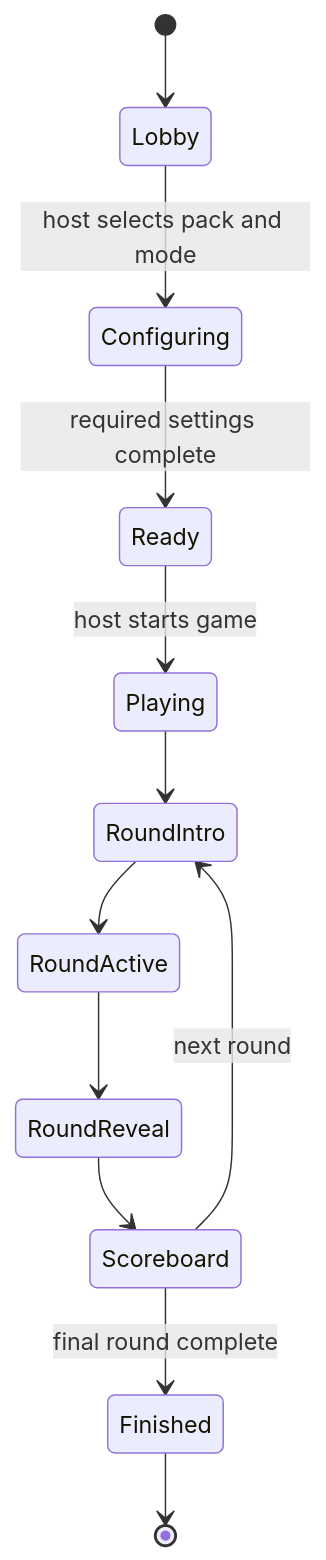
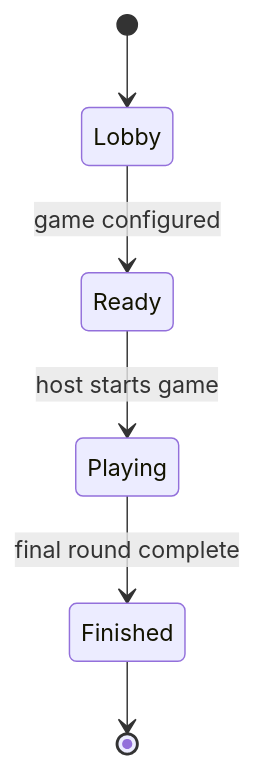
The second of 3 diagrams in docs/architecture.md (toshnotik/Karaoke-Party), drawn with Mermaid before and after one commit. The commit also changed other lines of this file and 11 other files, not shown here.

````diff
--- a/docs/architecture.md
+++ b/docs/architecture.md
@@ -198,14 +199,8 @@
 ```mermaid
 stateDiagram-v2
   [*] --> Lobby
-  Lobby --> Configuring: host selects pack and mode
-  Configuring --> Ready: required settings complete
+  Lobby --> Ready: game configured
   Ready --> Playing: host starts game
-  Playing --> RoundIntro
-  RoundIntro --> RoundActive
-  RoundActive --> RoundReveal
-  RoundReveal --> Scoreboard
-  Scoreboard --> RoundIntro: next round
-  Scoreboard --> Finished: final round complete
+  Playing --> Finished: final round complete
   Finished --> [*]
 ```
````
